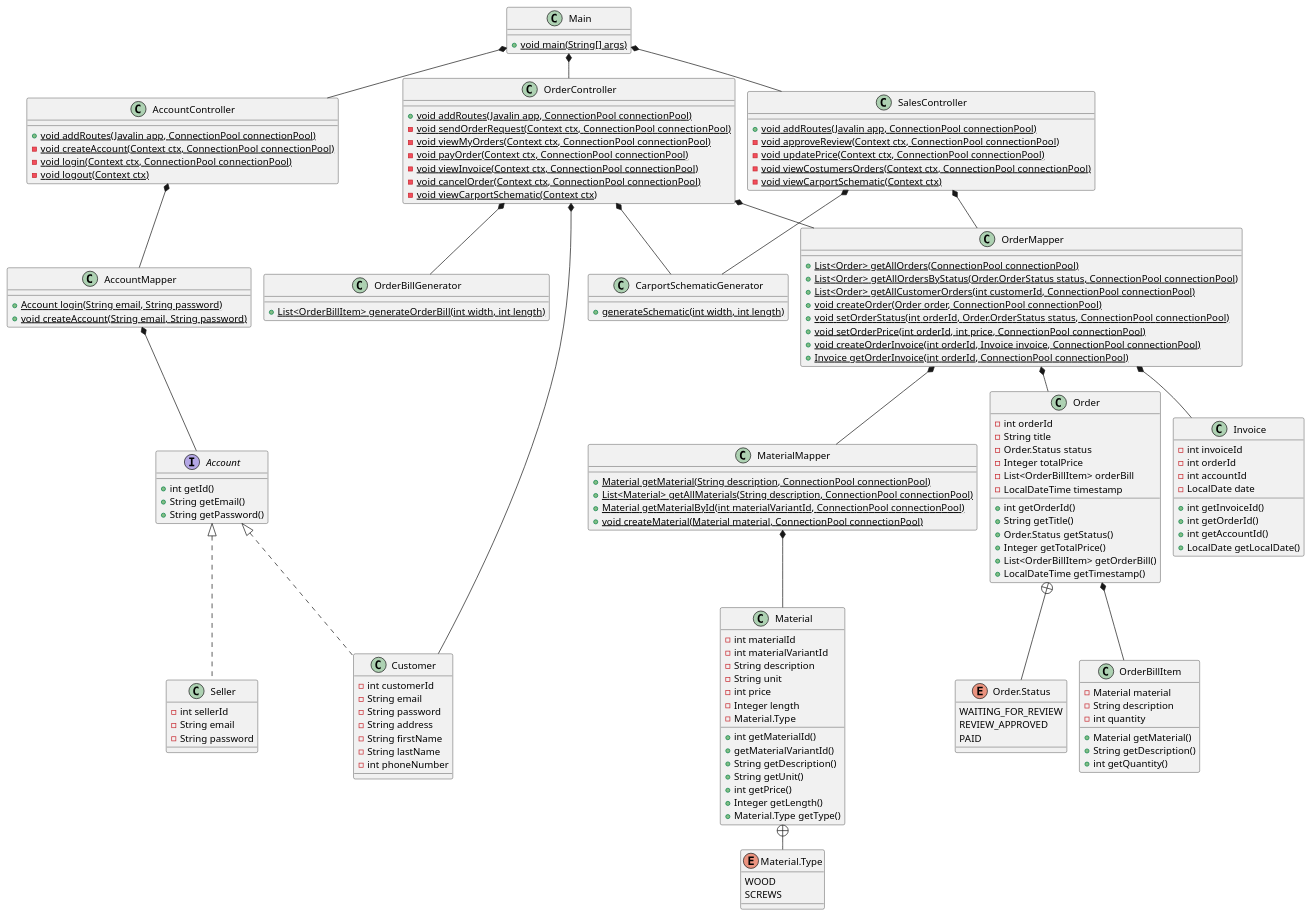
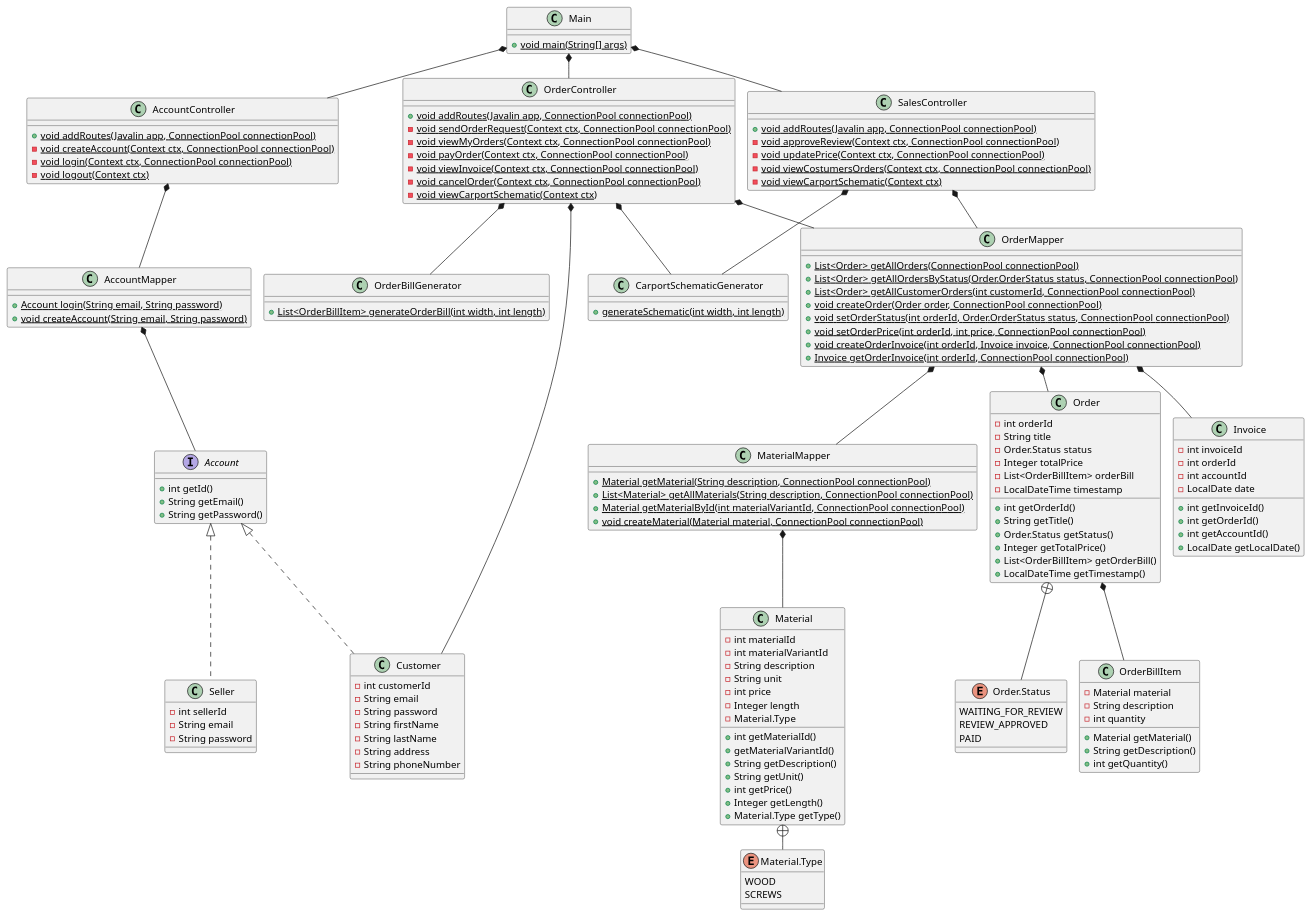
Before and after one commit to Shiihon/Dat2_Carport: the diagram in doc/static/class_diagrams/class_diagram1.puml, drawn with PlantUML. The commit also changed 1 other file, not shown here.

```diff
--- a/doc/static/class_diagrams/class_diagram1.puml
+++ b/doc/static/class_diagrams/class_diagram1.puml
@@ -1,179 +1,179 @@
 @startuml
 'https://plantuml.com/class-diagram
 !pragma layout smetana
 set separator none
 
 class Main {
     + {static} void main(String[] args)
 }
 
 class AccountController {
     + {static} void addRoutes(Javalin app, ConnectionPool connectionPool)
     - {static} void createAccount(Context ctx, ConnectionPool connectionPool)
     - {static} void login(Context ctx, ConnectionPool connectionPool)
     - {static} void logout(Context ctx)
 }
 
 class SalesController {
     + {static} void addRoutes(Javalin app, ConnectionPool connectionPool)
     - {static} void approveReview(Context ctx, ConnectionPool connectionPool)
     - {static} void updatePrice(Context ctx, ConnectionPool connectionPool)
     - {static} void viewCostumersOrders(Context ctx, ConnectionPool connectionPool)
     - {static} void viewCarportSchematic(Context ctx)
 }
 
 class OrderController {
     + {static} void addRoutes(Javalin app, ConnectionPool connectionPool)
     - {static} void sendOrderRequest(Context ctx, ConnectionPool connectionPool)
     - {static} void viewMyOrders(Context ctx, ConnectionPool connectionPool)
     - {static} void payOrder(Context ctx, ConnectionPool connectionPool)
     - {static} void viewInvoice(Context ctx, ConnectionPool connectionPool)
     - {static} void cancelOrder(Context ctx, ConnectionPool connectionPool)
     - {static} void viewCarportSchematic(Context ctx)
 }
 
 class AccountMapper {
     + {static} Account login(String email, String password)
     + {static} void createAccount(String email, String password)
 }
 
 class OrderMapper {
     + {static} List<Order> getAllOrders(ConnectionPool connectionPool)
     + {static} List<Order> getAllOrdersByStatus(Order.OrderStatus status, ConnectionPool connectionPool)
     + {static} List<Order> getAllCustomerOrders(int customerId, ConnectionPool connectionPool)
     + {static} void createOrder(Order order, ConnectionPool connectionPool)
     + {static} void setOrderStatus(int orderId, Order.OrderStatus status, ConnectionPool connectionPool)
     + {static} void setOrderPrice(int orderId, int price, ConnectionPool connectionPool)
     + {static} void createOrderInvoice(int orderId, Invoice invoice, ConnectionPool connectionPool)
     + {static} Invoice getOrderInvoice(int orderId, ConnectionPool connectionPool)
 }
 
 class MaterialMapper {
     + {static} Material getMaterial(String description, ConnectionPool connectionPool)
     + {static} List<Material> getAllMaterials(String description, ConnectionPool connectionPool)
     + {static} Material getMaterialById(int materialVariantId, ConnectionPool connectionPool)
     + {static} void createMaterial(Material material, ConnectionPool connectionPool)
 }
 
 interface Account {
     + int getId()
     + String getEmail()
     + String getPassword()
 }
 
 class Seller implements Account {
     - int sellerId
     - String email
     - String password
 }
 
 class Customer implements Account {
     - int customerId
     - String email
     - String password
-    - String address
     - String firstName
     - String lastName
-    - int phoneNumber
+    - String address
+    - String phoneNumber
 }
 
 class CarportSchematicGenerator {
     + {static} generateSchematic(int width, int length)
 }
 
 class OrderBillGenerator {
     + {static} List<OrderBillItem> generateOrderBill(int width, int length)
 }
 
 class Order {
     - int orderId
     - String title
     - Order.Status status
     - Integer totalPrice
     - List<OrderBillItem> orderBill
     - LocalDateTime timestamp
 
     + int getOrderId()
     + String getTitle()
     + Order.Status getStatus()
     + Integer getTotalPrice()
     + List<OrderBillItem> getOrderBill()
     + LocalDateTime getTimestamp()
 }
 
 enum Order.Status {
     WAITING_FOR_REVIEW
     REVIEW_APPROVED
     PAID
 }
 
 class OrderBillItem {
     - Material material
     - String description
     - int quantity
 
     + Material getMaterial()
     + String getDescription()
     + int getQuantity()
 }
 
 class Invoice {
     - int invoiceId
     - int orderId
     - int accountId
     - LocalDate date
 
     + int getInvoiceId()
     + int getOrderId()
     + int getAccountId()
     + LocalDate getLocalDate()
 }
 
 class Material {
     - int materialId
     - int materialVariantId
     - String description
     - String unit
     - int price
     - Integer length
     - Material.Type
 
     + int getMaterialId()
     + getMaterialVariantId()
     + String getDescription()
     + String getUnit()
     + int getPrice()
     + Integer getLength()
     + Material.Type getType()
 }
 
 enum Material.Type {
     WOOD
     SCREWS
 }
 
 Main *-- AccountController
 Main *-- OrderController
 Main *-- SalesController
 
 AccountController *-- AccountMapper
 OrderController *-- OrderMapper
 SalesController *-- OrderMapper
 
 OrderController *-- CarportSchematicGenerator
 OrderController *-- OrderBillGenerator
 OrderController *-- Customer
 SalesController *-- CarportSchematicGenerator
 
 AccountMapper *-- Account
 OrderMapper *-- Order
 OrderMapper *-- Invoice
 OrderMapper *-- MaterialMapper
 MaterialMapper *-- Material
 
 Order *-- OrderBillItem
 Order +-- Order.Status
 
 Material +-- Material.Type
 
 @enduml
```
